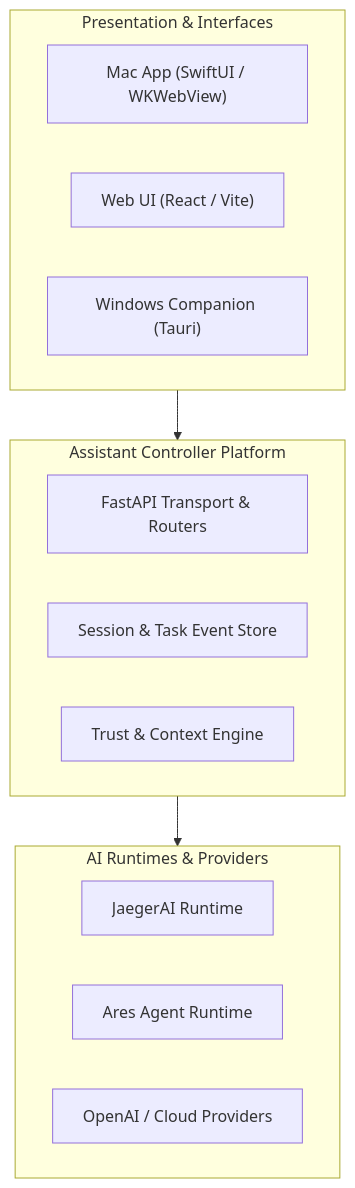
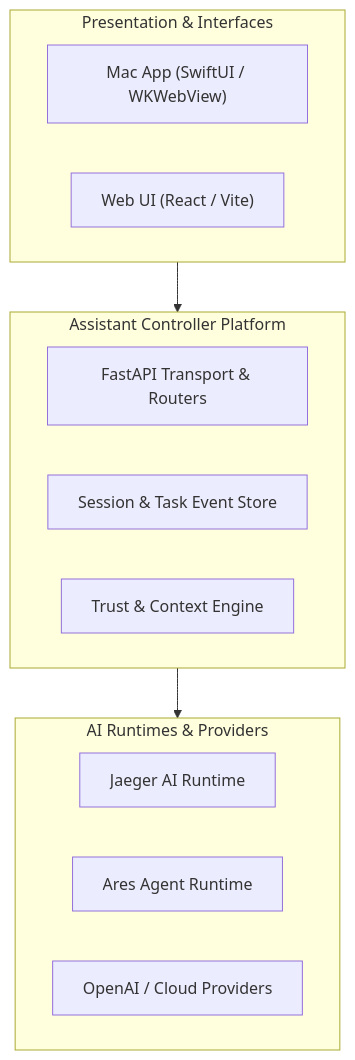
One commit to shuwalker/ARES changed the diagram in README.md. Above: the diagram before and after it, drawn with Mermaid. The commit also changed other lines of this file and 24 other files, not shown here.

````diff
--- a/README.md
+++ b/README.md
@@ -112,23 +98,22 @@
 ```mermaid
 flowchart TD
     subgraph Presentation ["Presentation & Interfaces"]
         MacApp["Mac App (SwiftUI / WKWebView)"]
         WebUI["Web UI (React / Vite)"]
-        WinApp["Windows Companion (Tauri)"]
     end
 
     subgraph Controller ["Assistant Controller Platform"]
         API["FastAPI Transport & Routers"]
         State["Session & Task Event Store"]
         Security["Trust & Context Engine"]
     end
 
     subgraph Runtimes ["AI Runtimes & Providers"]
-        Jaeger["JaegerAI Runtime"]
+        Jaeger["Jaeger AI Runtime"]
         AresAgent["Ares Agent Runtime"]
         Cloud["OpenAI / Cloud Providers"]
     end
 
     Presentation --> Controller
     Controller --> Runtimes
 ```
````
